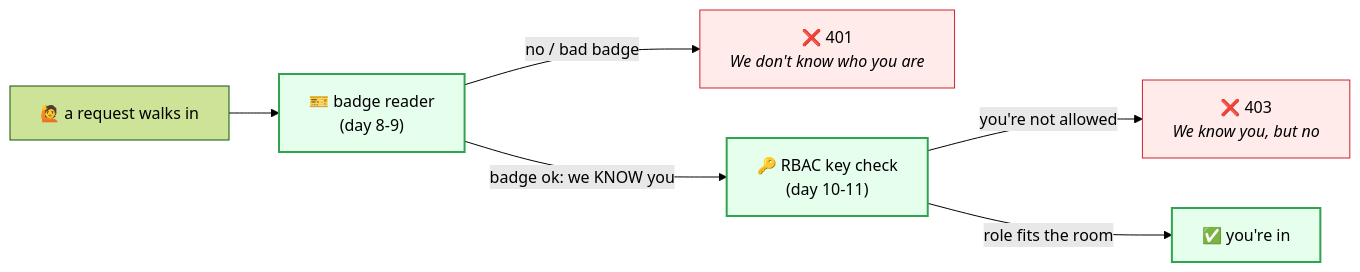
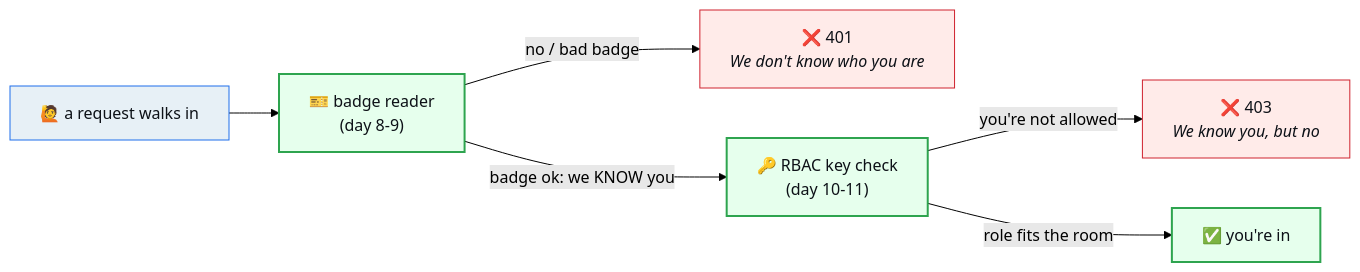
Before and after one commit to ratneshmurugesan/tech-foundry: the fourth of 4 diagrams in README.md, drawn with Mermaid (forest theme). The commit also changed other lines of this file, not shown here.

First line of the commit message:
docs(README): readable black diagram text + add a real-dates caption under the Journey Map

````diff
--- a/README.md
+++ b/README.md
@@ -171,12 +173,14 @@
 ```mermaid
 flowchart LR
   R["🙋 a request walks in"] --> B
   B["🎫 badge reader<br/>(day 8-9)"] -->|no / bad badge| F1["❌ 401<br/><i>We don't know who you are</i>"]
   B -->|badge ok: we KNOW you| K
   K["🔑 RBAC key check<br/>(day 10-11)"] -->|you're not allowed| F3["❌ 403<br/><i>We know you, but no</i>"]
   K -->|role fits the room| OK["✅ you're in"]
-  classDef fail fill:#ffebe9,stroke:#cf222e,stroke-width:1px;
-  classDef good fill:#e6ffed,stroke:#2ea44f,stroke-width:2px;
+  classDef fail fill:#ffebe9,stroke:#cf222e,stroke-width:1px,color:#0d1117;
+  classDef good fill:#e6ffed,stroke:#2ea44f,stroke-width:2px,color:#0d1117;
+  classDef start fill:#e7f0f6,stroke:#1f6feb,stroke-width:1px,color:#0d1117;
+  class R start;
   class F1,F3 fail;
   class B,K,OK good;
 ```
````
